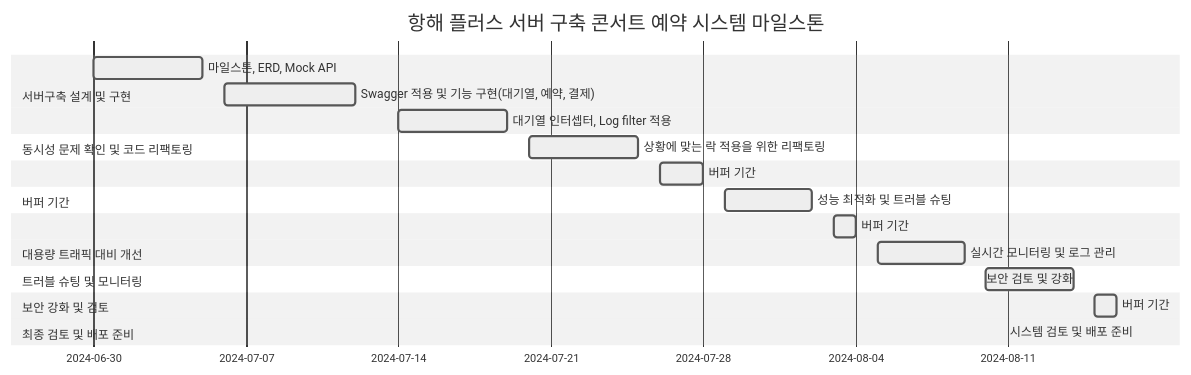
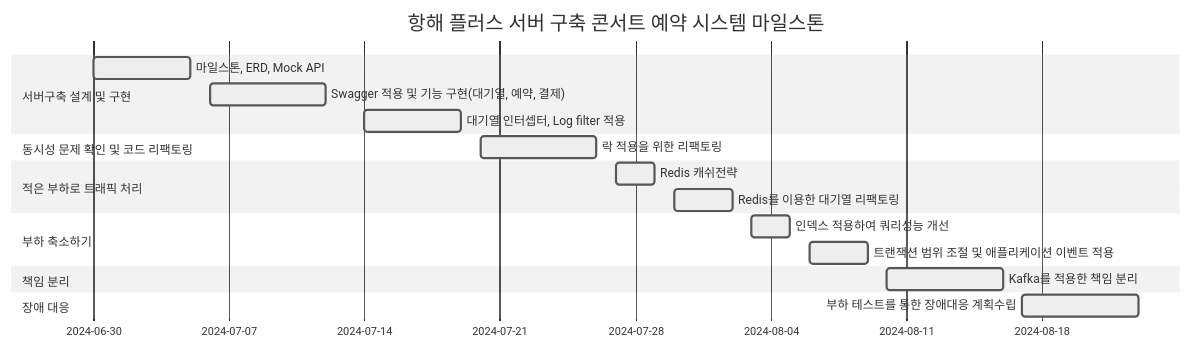
One commit to futuremaker-projects/ticket-reservation-system changed the diagram in README.md. Above: the diagram before and after it, drawn with Mermaid (neutral theme). The commit also changed other lines of this file and 5 other files, not shown here.

````diff
--- a/README.md
+++ b/README.md
@@ -30,33 +33,23 @@
 ```mermaid
 gantt
   title 항해 플러스 서버 구축 콘서트 예약 시스템 마일스톤
   dateFormat  YYYY-MM-DD
   section 서버구축 설계 및 구현
     마일스톤, ERD, Mock API                     :active, des1, 2024-06-30, 2024-07-05
     Swagger 적용 및 기능 구현(대기열, 예약, 결제)     :active, dev1, 2024-07-06, 2024-07-12
     대기열 인터셉터, Log filter 적용               :active, dev2, 2024-07-14, 2024-07-19
   
   section 동시성 문제 확인 및 코드 리팩토링
-    상황에 맞는 락 적용을 위한 리팩토링  :active, enh1, 2024-07-20, 2024-07-25
+    락 적용을 위한 리팩토링                        :active, enh1, 2024-07-20, 2024-07-26
   
-  section 버퍼 기간
-    버퍼 기간                     :active, buf1, 2024-07-26, 2024-07-28
-  
-  section 대용량 트래픽 대비 개선
-    성능 최적화 및 트러블 슈팅     :active, opt1, 2024-07-29, 2024-08-02
-  
-  section 버퍼 기간
-    버퍼 기간                     :active, buf2, 2024-08-03, 2024-08-04
-  
-  section 트러블 슈팅 및 모니터링
-    실시간 모니터링 및 로그 관리   :active, mon1, 2024-08-05, 2024-08-09
-  
-  section 보안 강화 및 검토
-    보안 검토 및 강화             :active, sec1, 2024-08-10, 2024-08-14
-  
-  section 버퍼 기간
-    버퍼 기간                     :active, buf3, 2024-08-15, 2024-08-16
-  
-  section 최종 검토 및 배포 준비
-    시스템 검토 및 배포 준비       :active, rel1, 2024-08-17, 2024-08-23`
+  section 적은 부하로 트래픽 처리
+    Redis 캐쉬전략                            :active, buf1, 2024-07-27, 2024-07-29
+    Redis를 이용한 대기열 리팩토링                :active, buf1, 2024-07-30, 2024-08-02
+  section 부하 축소하기
+    인덱스 적용하여 쿼리성능 개선                  :active, opt1, 2024-08-03, 2024-08-05
+    트랜잭션 범위 조절 및 애플리케이션 이벤트 적용     :active, opt1, 2024-08-06, 2024-08-09
+  section 책임 분리
+    Kafka를 적용한 책임 분리                     :active, mon1, 2024-08-10, 2024-08-16
+  section 장애 대응
+    부하 테스트를 통한 장애대응 계획수립              :active, mon1, 2024-08-17, 2024-08-23
 ```
````
